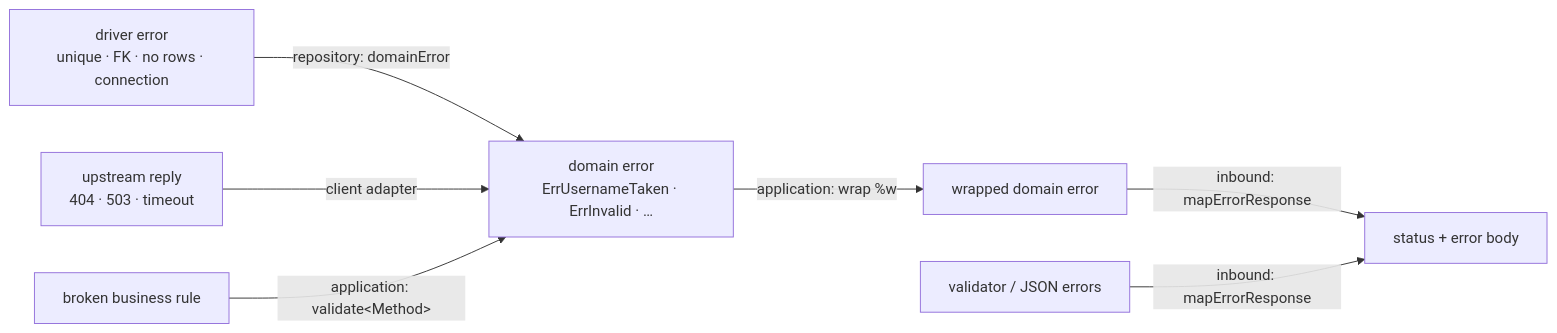
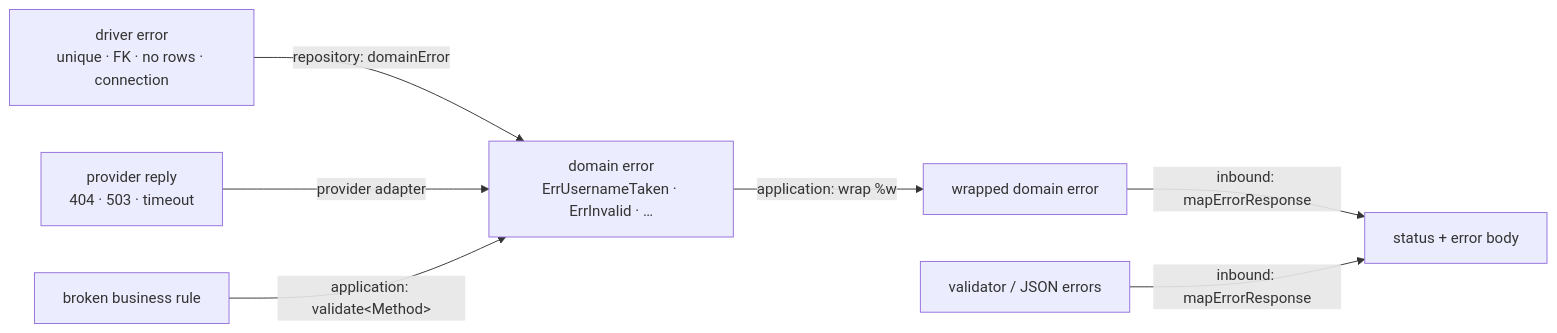
Before and after one commit to drew138/.dotfiles: the diagram in roles/ai/files/skills/go-service/references/errors.md, drawn with Mermaid. The commit also changed other lines of this file and 6 other files, not shown here.

````diff
--- a/roles/ai/files/skills/go-service/references/errors.md
+++ b/roles/ai/files/skills/go-service/references/errors.md
@@ -6,9 +6,9 @@
 ```mermaid
 flowchart LR
     db["driver error<br/>unique · FK · no rows · connection"] -->|"repository: domainError"| dom["domain error<br/>ErrUsernameTaken · ErrInvalid · …"]
-    up["upstream reply<br/>404 · 503 · timeout"] -->|"client adapter"| dom
+    up["provider reply<br/>404 · 503 · timeout"] -->|"provider adapter"| dom
     rules["broken business rule"] -->|"application: validate&lt;Method&gt;"| dom
     dom -->|"application: wrap %w"| wrapped["wrapped domain error"]
     wrapped -->|"inbound: mapErrorResponse"| out["status + error body"]
     val["validator / JSON errors"] -->|"inbound: mapErrorResponse"| out
 ```
````
